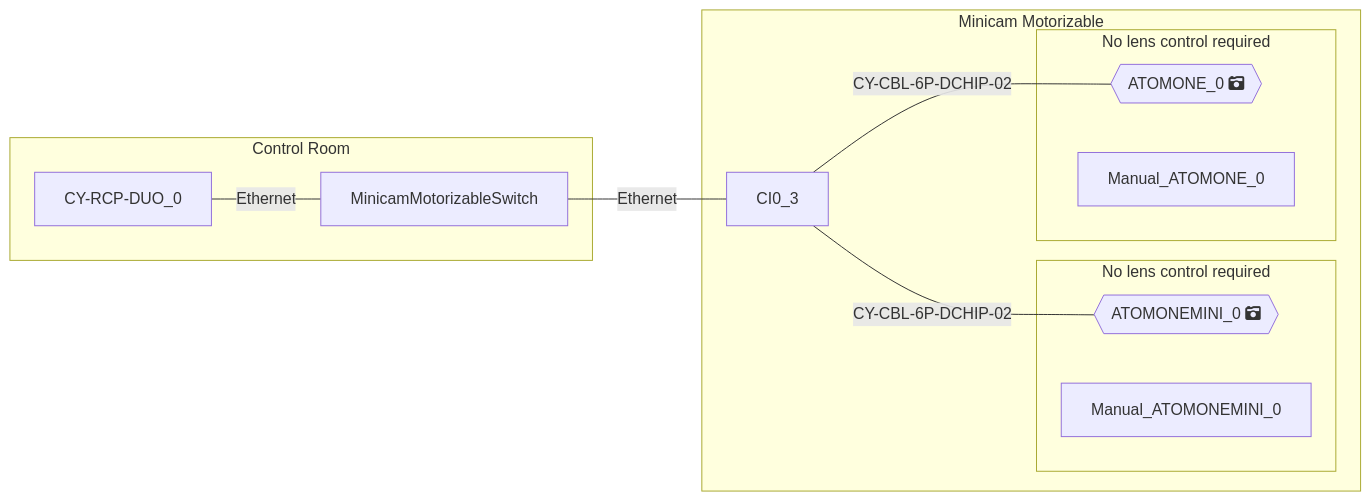
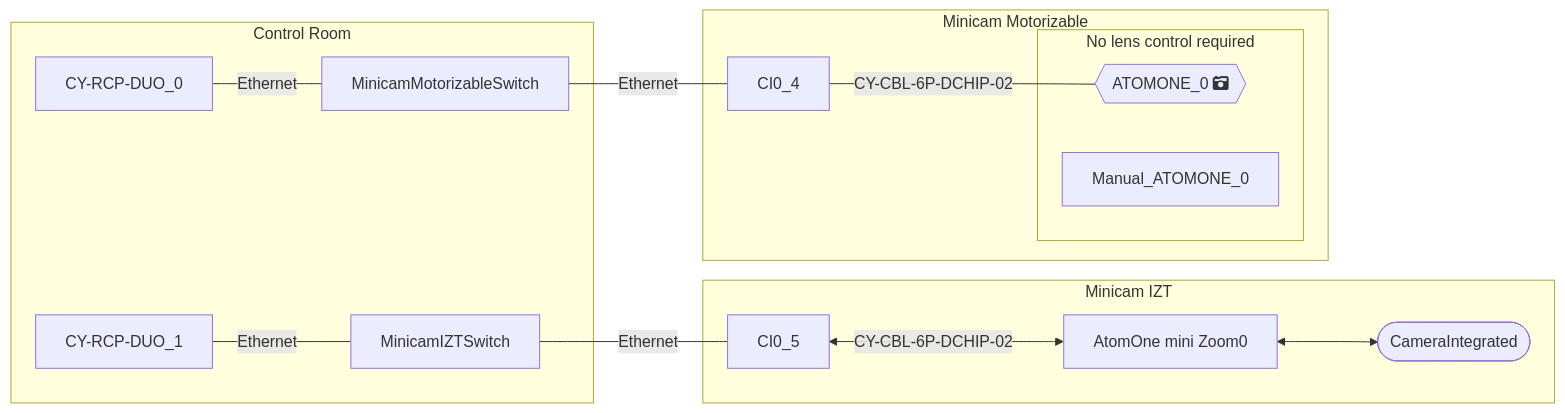
One commit to Rascarquapac/UIevaluation changed the diagram in debug/mermaid_code_obj.md. Above: the diagram before and after it, drawn with Mermaid. The commit also changed 7 other files, not shown here.

```diff
--- a/debug/mermaid_code_obj.md
+++ b/debug/mermaid_code_obj.md
@@ -1,20 +1,21 @@
 :::mermaid
 graph RL
 subgraph Minicam Motorizable
-ATOMONE_0{{"ATOMONE_0 fa:fa-camera-retro"}}---|CY-CBL-6P-DCHIP-02|CI0_3
+ATOMONE_0{{"ATOMONE_0 fa:fa-camera-retro"}}---|CY-CBL-6P-DCHIP-02|CI0_4
   subgraph ATOMONE_0_cameralens [No lens control required]
     ATOMONE_0
     Manual_ATOMONE_0
   end
-ATOMONEMINI_0{{"ATOMONEMINI_0 fa:fa-camera-retro"}}---|CY-CBL-6P-DCHIP-02|CI0_3
-  subgraph ATOMONEMINI_0_cameralens [No lens control required]
-    ATOMONEMINI_0
-    Manual_ATOMONEMINI_0
-  end
+end
+subgraph Minicam IZT
+CameraIntegrated_ATOMONEMINIZOOM_0([CameraIntegrated])<-->ATOMONEMINIZOOM_0
+ATOMONEMINIZOOM_0[AtomOne mini Zoom0]<-->|CY-CBL-6P-DCHIP-02|CI0_5
 end
 subgraph "Control Room" 
-CI0_3 --- |Ethernet|MinicamMotorizableSwitch
+CI0_4 --- |Ethernet|MinicamMotorizableSwitch
+CI0_5 --- |Ethernet|MinicamIZTSwitch
 MinicamMotorizableSwitch --- |Ethernet|CY-RCP-DUO_0
+MinicamIZTSwitch --- |Ethernet|CY-RCP-DUO_1
 end
 
 :::
```
